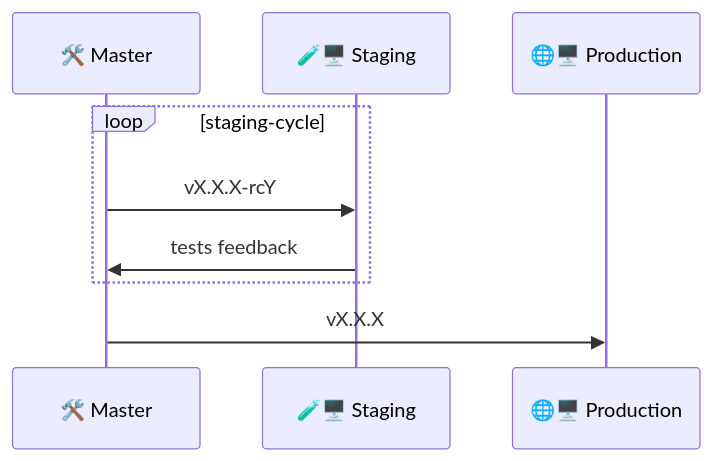
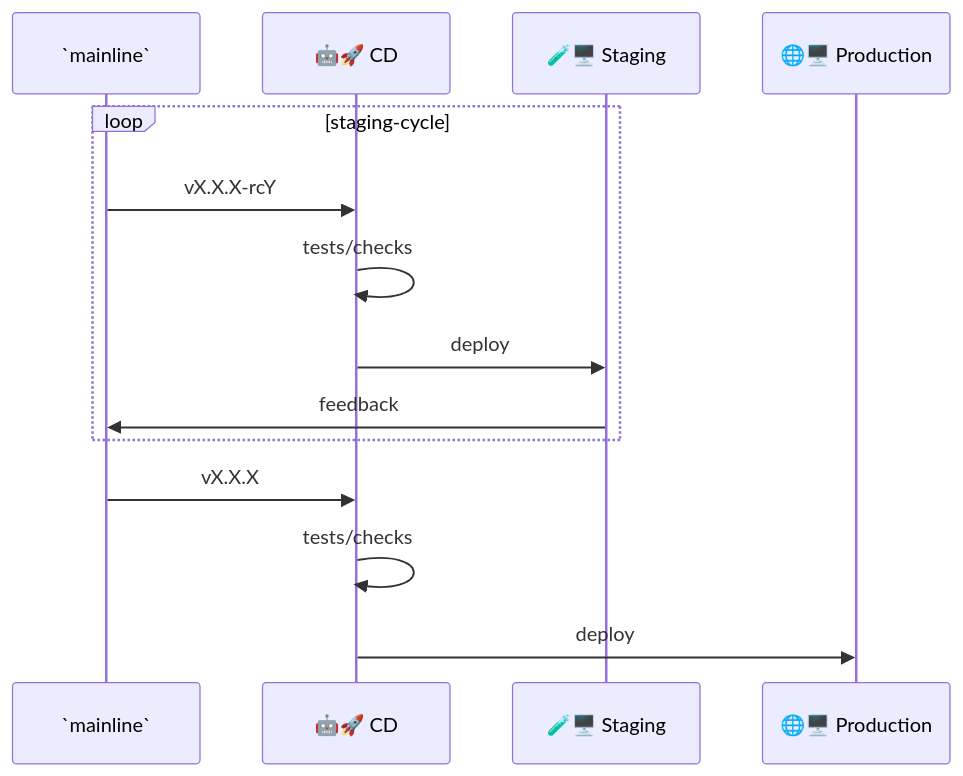
The fourth of 4 diagrams in workflows/cwntflow_trunk_based.md (cwnt-io/mgmt), drawn with Mermaid before and after one commit. The commit also changed other lines of this file and 1 other file, not shown here.

````diff
--- a/workflows/cwntflow_trunk_based.md
+++ b/workflows/cwntflow_trunk_based.md
@@ -246,11 +117,16 @@
 ```mermaid
 sequenceDiagram
-participant M as 🛠️ Master
+participant M as `mainline`
+participant C as 🤖🚀 CD
 participant S as 🧪🖥️ Staging
 participant P as 🌐🖥️ Production
 loop staging-cycle
-  M ->> S: vX.X.X-rcY
-  S ->> M: tests feedback
+  M ->> C: vX.X.X-rcY
+  C ->> C: tests/checks
+  C ->> S: deploy
+  S ->> M: feedback
 end
-M ->> P: vX.X.X
+M ->> C: vX.X.X
+C ->> C: tests/checks
+C ->> P: deploy
 ```
````
